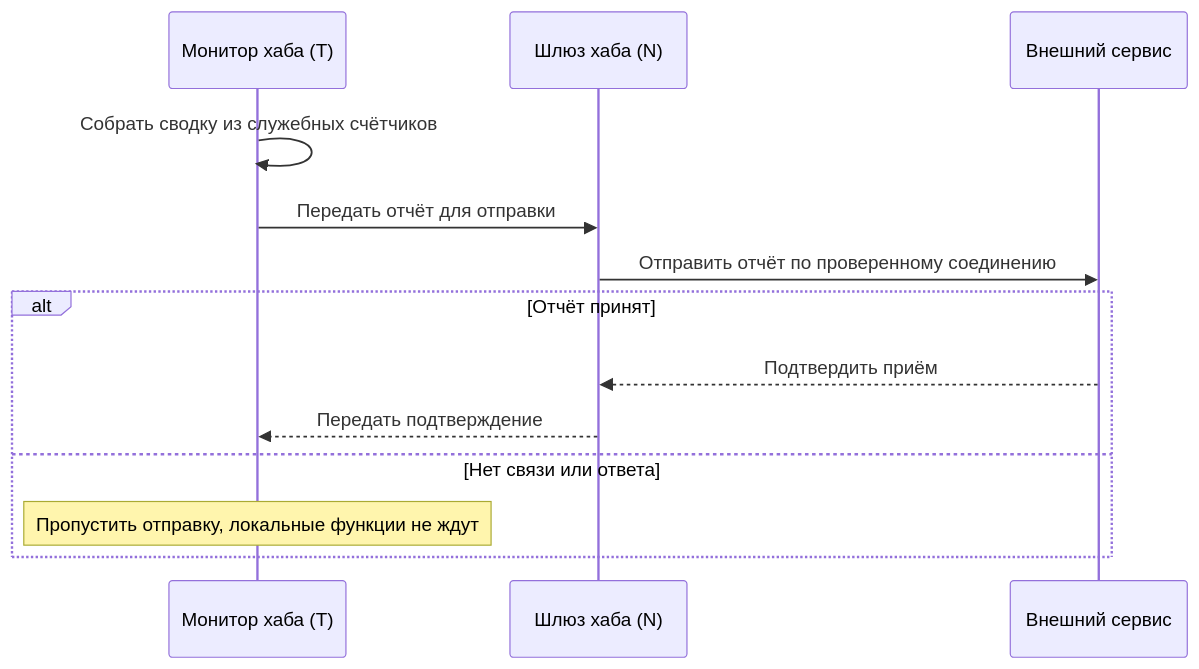
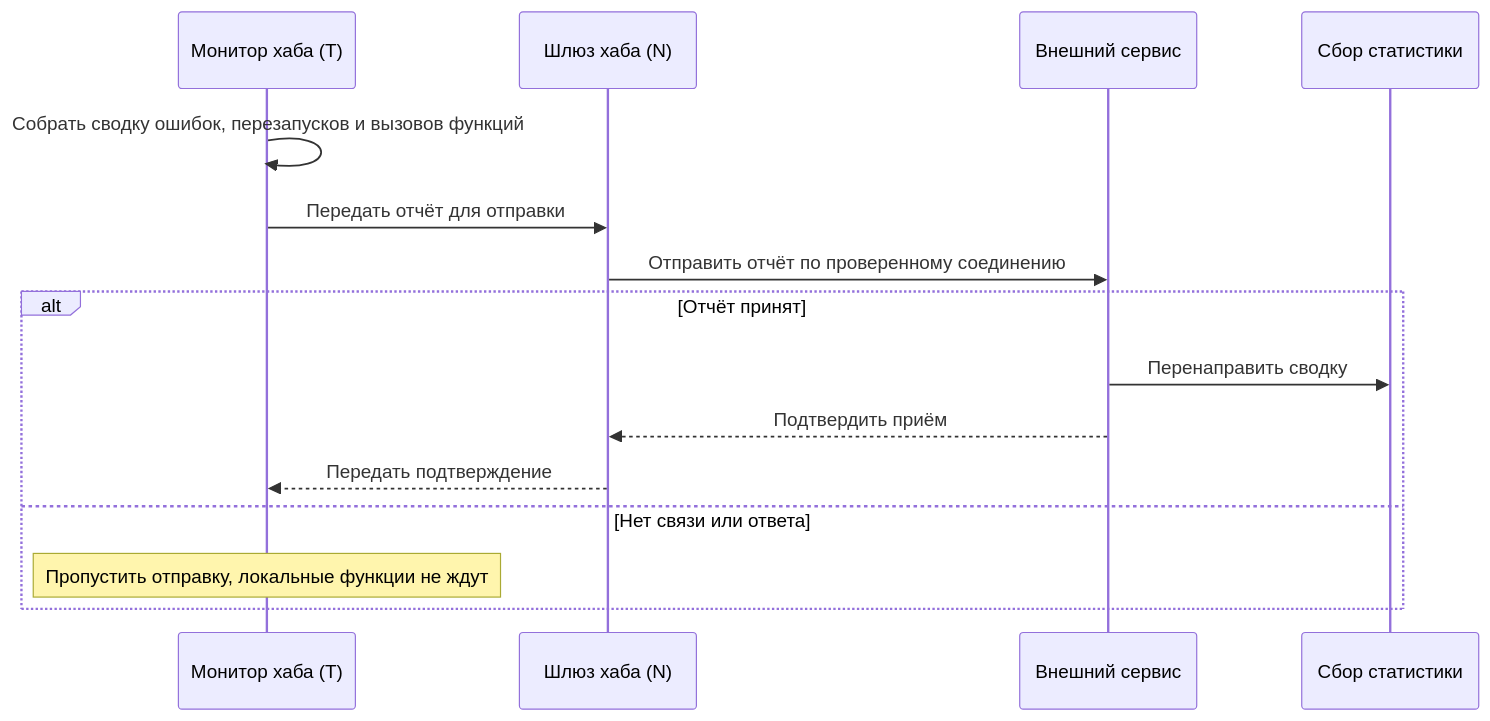
Before and after one commit to BPLA-Team/carrot-apples: the second of 2 diagrams in contractor_side/architecture_policy/SERVICE_SCENARIOS.md, drawn with Mermaid. The commit also changed other lines of this file and 6 other files, not shown here.

````diff
--- a/contractor_side/architecture_policy/SERVICE_SCENARIOS.md
+++ b/contractor_side/architecture_policy/SERVICE_SCENARIOS.md
@@ -32,15 +32,17 @@
 ```mermaid
 sequenceDiagram
     participant T as Монитор хаба (T)
     participant N as Шлюз хаба (N)
     participant S as Внешний сервис
-    T->>T: Собрать сводку из служебных счётчиков
+    participant A as Сбор статистики
+    T->>T: Собрать сводку ошибок, перезапусков и вызовов функций
     T->>N: Передать отчёт для отправки
     N->>S: Отправить отчёт по проверенному соединению
     alt Отчёт принят
+        S->>A: Перенаправить сводку
         S-->>N: Подтвердить приём
         N-->>T: Передать подтверждение
     else Нет связи или ответа
         Note over T: Пропустить отправку, локальные функции не ждут
     end
 ```
````
